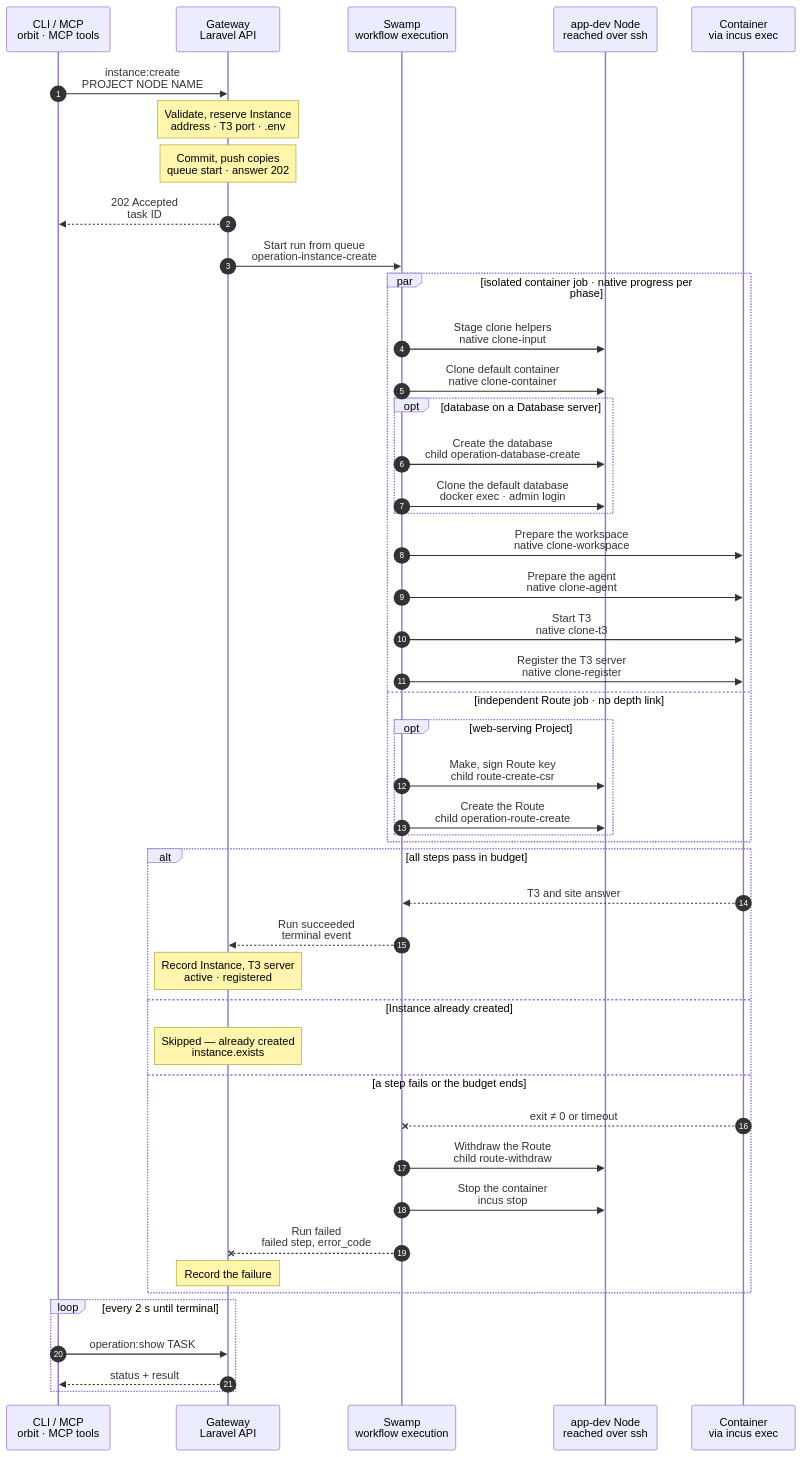
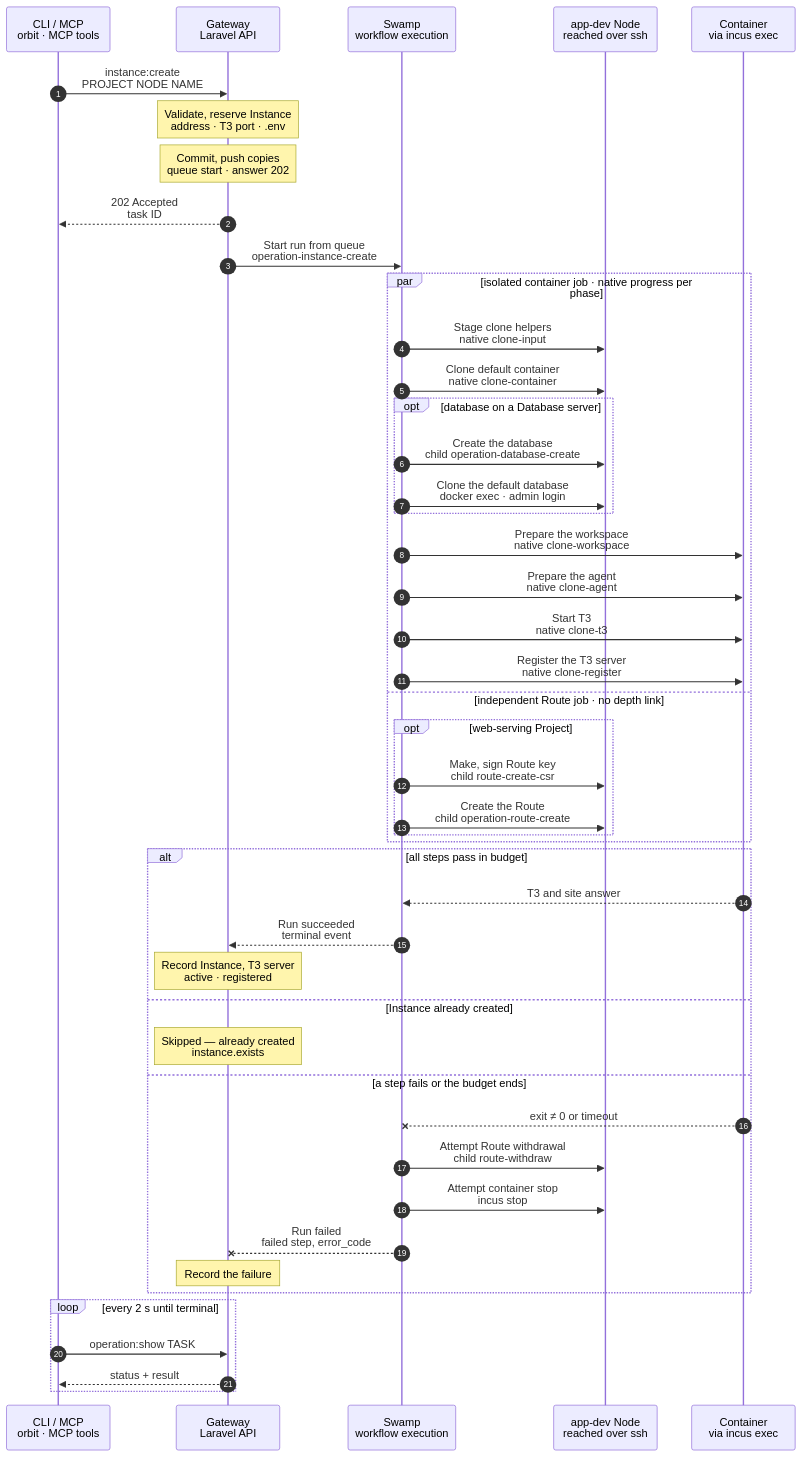
The diagram in docs/cli/instance/container/create.mmd (hardimpactdev/orbit), drawn with Mermaid before and after one commit. The commit also changed 8 other files, not shown here.

First line of the commit message:
fix: name retry and destroy paths after failed container creates (#3490)

```diff
--- a/docs/cli/instance/container/create.mmd
+++ b/docs/cli/instance/container/create.mmd
@@ -1,132 +1,135 @@
 sequenceDiagram
   %% Target design, container runtime (ADR 0250 step 3, docs/reference/development-containers.md#create): every new Instance is a ZFS clone of the Project's default Instance on its Node, with a clone of its database. Built for the Nodes of the build list. The kind and its step names follow docs/cli/instance/create.mmd; the intent's `container.clone` marks a clone. The Project's first default Instance is container/create-default.mmd; when the charts move into place, it becomes the first-default branch of this chart.
   %% status: draft
   %% command: instance:create
   %% kind: instance.create
   autonumber
   %% lane CLI icon=terminal pill=caller tone=gray
   %% lane GW icon=gateway pill=intent tone=blue
   %% lane SW icon=workflow pill=executes tone=green
   %% lane N icon=server pill=target tone=amber
   %% lane C icon=server pill=target tone=purple
   participant CLI as CLI / MCP<br/>orbit · MCP tools
   participant GW as Gateway<br/>Laravel API
   participant SW as Swamp<br/>workflow execution
   participant N as app-dev Node<br/>reached over ssh
   participant C as Container<br/>via incus exec
   CLI->>GW: instance:create<br/>PROJECT NODE NAME
   %%> Command:
   %%> - `orbit instance:create PROJECT NODE NAME`
   %%> - syntax: `<project> <node> <name> [--root=PATH] [--domain=HOST] [--branch=BRANCH] [--database-server=SLUG]`
   Note over GW: Validate, reserve Instance<br/>address · T3 port · .env
   %%> Requirements:
   %%> - the calling Node has node access to the target Node, an active `app-dev` Node
   %%> - the Project's `default` Instance runs in a container on this Node, is active and has a seed snapshot, else `instance.default_missing`
   %%> - Conn is enabled, and the model router has its guard, else `operation.kind_unavailable`
   %%> - a database on a Database server clones on the default's server; another server refuses `instance.database_clone_unsupported`
   %%> Result:
   %%> - the Instance is reserved with its runtime record: container name, bridge address, the lowest free T3 port from 3800 and the default as clone source
   %%> - `.env` is rendered from the Project's env template; it, the placeholder model key and a repository read token go to the vault
   %%> - the clone workspace reads one private JSON vault value with `.env` and the Process environment files; SSH stdin takes the whole value
   %%> - a task is recorded with the full intent and `container.clone`
   Note over GW: Commit, push copies<br/>queue start · answer 202
   GW-->>CLI: 202 Accepted<br/>task ID
   GW->>SW: Start run from queue<br/>operation-instance-create
   par isolated container job · native progress per phase
     SW->>N: Stage clone helpers<br/>native clone-input
     %%> What it does:
     %%> - stages the release's helpers and intent from stdin in a private folder for this run; later phases run its launcher by path
     %%> - scripts and intent never fill the SSH command; the next phase keeps the repository credential on its own stdin
     SW->>N: Clone default container<br/>native clone-container
     %%> What it does:
     %%> - the copy supplies the full root disk device (type, path, pool and size), whether the seed inherits it or stores it locally
     %%> - `incus copy` of the default container's snapshot `seed-<commit>`, a ZFS clone; a stopped default needs no start
     %%> - the copy gets its own bridge address and ACL, and the proxy device `t3`: NAT from the Node's WireGuard address and the T3 port to T3's port 3773
     %%> - the container's ACL lets the Node's Caddy reach port 8080, WireGuard peers reach port 3773, and the container reach its database server's port
     %%> - UFW: a route rule admits WireGuard peers to T3, below a deny for the task VM range; a rule admits the container to its database server's port
     %%> - starts the copy: nftables, `hidepid` and the image's units start; T3 does not, because `/etc/orbit/instance` does not exist yet
     %%> Mail:
     %%> - the same launch applies the exact SMTP path before the four root-owned mail units; no separate mail playbook or step
     %%> - two IPv4 loopback sockets forward 1025 and 2525; foreign units or listeners skip setup without stopping their Process
     %%> On mail failure:
     %%> - keep a mail warning and continue workspace, T3 and registration; mail:update remains the repair command
     %%> Branch:
     %%> - fetches the Instance's branch into the Node's mirror with the read token, or creates it at the seed commit; the token stays on the Node
     opt database on a Database server
       SW->>N: Create the database<br/>child operation-database-create
       %%> What it does, through the database family:
       %%> - creates the Instance's owner and an empty database on the default's server
       SW->>N: Clone the default database<br/>docker exec · admin login
       %%> What it does:
       %%> - PostgreSQL: refuses new connections to the default database and ends its sessions, then `CREATE DATABASE … TEMPLATE`, and gives the clone's objects to the new owner
       %%> - a cleanup that always runs allows connections to the default database again
       %%> - MySQL: a dump of the default database restored into the new one
       %%> Runs beside the clone step: Swamp starts both at once.
     end
     SW->>C: Prepare the workspace<br/>native clone-workspace
     %%> What it does:
     %%> - pushes the branch in as a bundle and checks it out in `/srv/workspace`; the group, setgid bits and default ACLs come with the clone
     %%> - writes `.env` for `orbit` with group `work`; it keeps the default's `APP_KEY`, because the cloned data is encrypted with it
     %%> - before Process start, prepares and fetches Node as orbit in this same phase; an inherited private recipe is kept, an old store is converted once even without Processes, so a later Node consumer can install its pin
     %%> No setup steps:
     %%> - the default Instance installed the dependencies and migrated; a later lockfile change is installed in the workspace
     SW->>C: Prepare the agent<br/>native clone-agent
     %%> What it does:
     %%> - writes the placeholder key for `agent`, and the Claude Code and Codex settings that point at the model forwarder
     %%> - links `~/.claude/CLAUDE.md` and `~/.codex/AGENTS.md` of `agent` to the note of the Project type
     %%> - writes `/etc/orbit/instance`, owned by root and readable by all
     %%> What it does:
     %%> - writes the shared FrankenPHP Caddyfile and unit, then restarts it as `orbit`; only the Node's bridge peer with `X-Forwarded-Proto: https` sets PHP's HTTPS scheme, port and resolved client IP
   %%> - starts use nonblocking systemd jobs, then a bounded readiness check for each running unit; container Process units order after `network.target`
     SW->>C: Start T3<br/>native clone-t3
     %%> What it does:
     %%> - T3 starts for the first time and creates its identity; the T3 project `/srv/workspace` is added as `agent`
     %%> Check:
     %%> - waits up to 30 s for `/.well-known/t3/environment`, else `instance.t3_unready`
     SW->>C: Register the T3 server<br/>native clone-register
     %%> What it does:
     %%> - see container/t3-register.mmd: the sessions go to the vault, and the step checks the environment id and scopes
     %%> - an inactive required unit refuses with `instance.container_process_inactive`; copy its structured public refusal even when sessions failed, skip registration, and retain the unit states in the Operation
   and independent Route job · no depth link
     opt web-serving Project
       SW->>N: Make, sign Route key<br/>child route-create-csr
       SW->>N: Create the Route<br/>child operation-route-create
       %%> What it adds:
       %%> - the same steps as `route:create`, with the signed certificate, then a TLS handshake check; no HTTP request waits for app startup
       %%> - the Node's Caddy proxies the Route to FrankenPHP at the container's bridge address
       %%> - the Route job waits only for its CSR; a separate job prevents depth scheduling from delaying the container phases
       %%> - the prepared Route skips workspace ACL and environment writes; the container job owns those
     end
   end
   alt all steps pass in budget
     C-->>SW: T3 and site answer
     SW-->>GW: Run succeeded<br/>terminal event
     Note over GW: Record Instance, T3 server<br/>active · registered
     %%> Result:
     %%> - the Instance, its runtime and its Route become active; the runtime records the default Instance it came from
     %%> - the Conn layer records the T3 server from the result; its Node is the container's Node and it names the Instance
     %%> - the receipt includes when T3 answered, its sessions passed, and the Route TLS probes passed
   else Instance already created
     Note over GW: Skipped — already created<br/>instance.exists
   else a step fails or the budget ends
     C--xSW: exit ≠ 0 or timeout
-    SW->>N: Withdraw the Route<br/>child route-withdraw
+    SW->>N: Attempt Route withdrawal<br/>child route-withdraw
     %%> Caddy publication:
     %%> - on the Node, wait at most 5 s for the publish lock; compare the composed-from SHA-256 with the live file, then validate, rename and reload under that lock
     %%> - a changed base refuses with `caddy.composed_from_live_mismatch`; a busy lock refuses with `caddy.publish_busy`; the live Caddyfile stays unchanged and the normal failure path runs
     %%> When:
     %%> - only when the run published it
-    SW->>N: Stop the container<br/>incus stop
+    SW->>N: Attempt container stop<br/>incus stop
     %%> What stays:
-    %%> - the stopped container, its database and its runtime record, marked failed; `instance:destroy` removes them
+    %%> - the reservation, runtime, and any container, workspace, owned databases, test databases and role stay until the owner acts
+    %%> - a refused retry removes none of them; stop and Route withdrawal are attempted; failed compensation leaves its step failed
+    %%> - shared service endpoint records and rules may remain even after destroy until endpoint lifecycle work is live
+    %%> - failed and cancelled creates, including cancellation before work starts, report retained_for_retry, the same create command with a new idempotency key, and forced destroy
     %%> Cleanup:
     %%> - remove the private clone folder after success or failure, even if staging or the first launch failed
     SW--xGW: Run failed<br/>failed step, error_code
     Note over GW: Record the failure
     %%> Retry:
     %%> - run the same command again; it resumes on the same container and database
   end
   loop every 2 s until terminal
     CLI->>GW: operation:show TASK
     GW-->>CLI: status + result
   end
```
